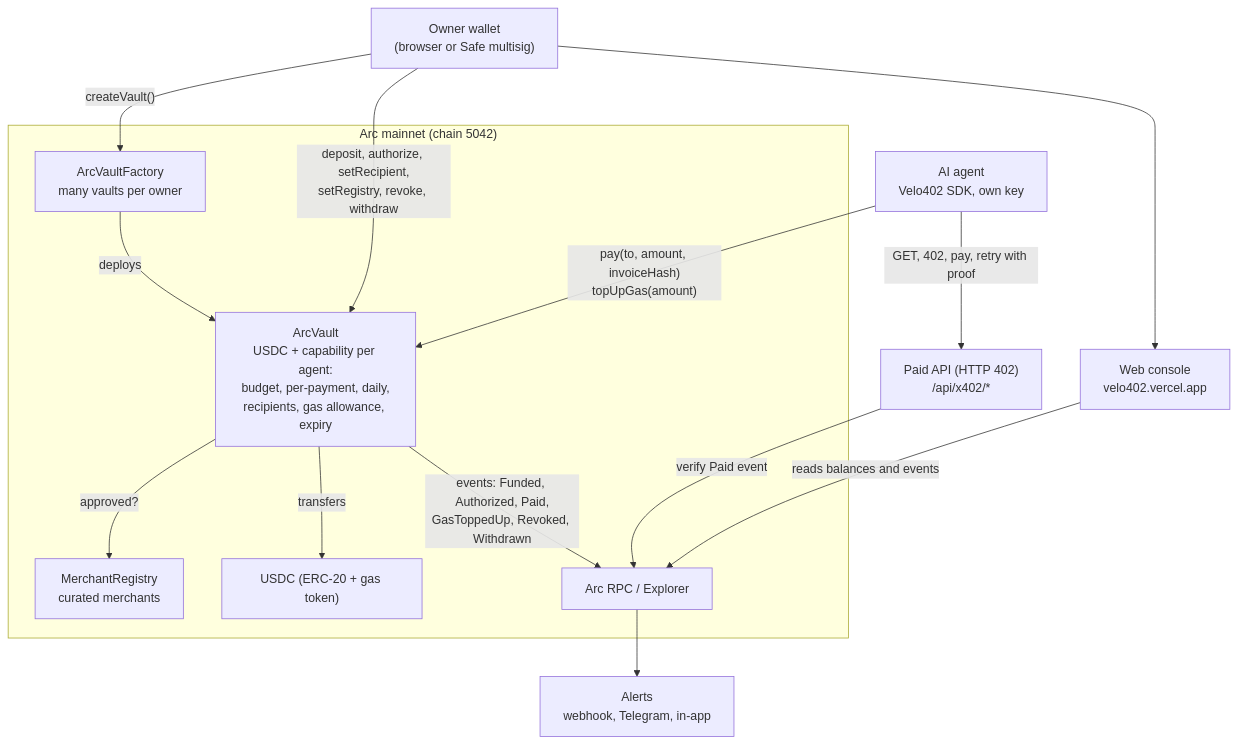
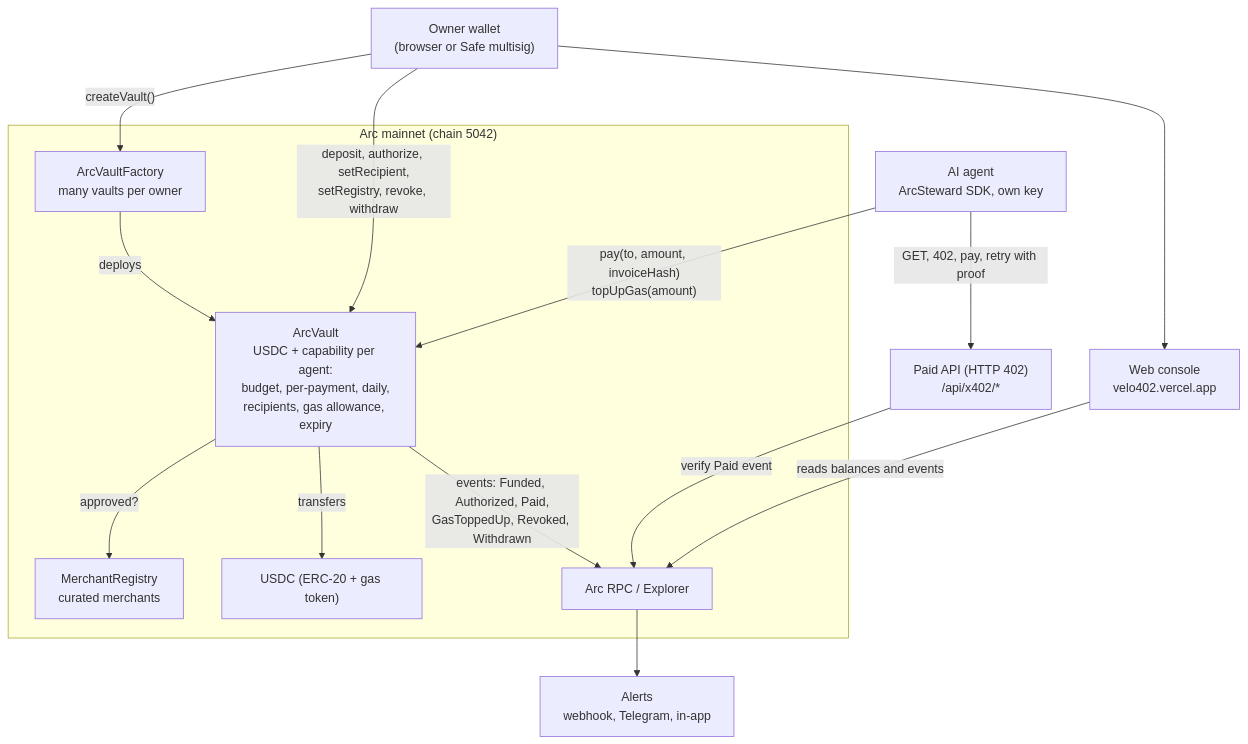
Before and after one commit to Lakshmikanth-3/ArcSteward: the second of 5 diagrams in README.md, drawn with Mermaid. The commit also changed other lines of this file and 18 other files, not shown here.

First line of the commit message:
Rebrand to ArcSteward with codex redesign of the web app

````diff
--- a/README.md
+++ b/README.md
@@ -113,29 +130,29 @@
 ```mermaid
 flowchart TB
   O["Owner wallet<br/>(browser or Safe multisig)"]
-  AG["AI agent<br/>Velo402 SDK, own key"]
+  AG["AI agent<br/>ArcSteward SDK, own key"]
   API["Paid API (HTTP 402)<br/>/api/x402/*"]
   UI["Web console<br/>velo402.vercel.app"]
   AL["Alerts<br/>webhook, Telegram, in-app"]
 
   subgraph ARC["Arc mainnet (chain 5042)"]
     F["ArcVaultFactory<br/>many vaults per owner"]
     V["ArcVault<br/>USDC + capability per agent:<br/>budget, per-payment, daily,<br/>recipients, gas allowance, expiry"]
     R["MerchantRegistry<br/>curated merchants"]
     U["USDC (ERC-20 + gas token)"]
     E["Arc RPC / Explorer"]
   end
 
   O -- "createVault()" --> F
   F -- deploys --> V
   O -- "deposit, authorize, setRecipient,<br/>setRegistry, revoke, withdraw" --> V
   AG -- "pay(to, amount, invoiceHash)<br/>topUpGas(amount)" --> V
   V -- "approved?" --> R
   V -- transfers --> U
   AG -- "GET, 402, pay, retry with proof" --> API
   API -- "verify Paid event" --> E
   V -- "events: Funded, Authorized, Paid,<br/>GasToppedUp, Revoked, Withdrawn" --> E
   UI -- "reads balances and events" --> E
   O --> UI
   E --> AL
 ```
````
